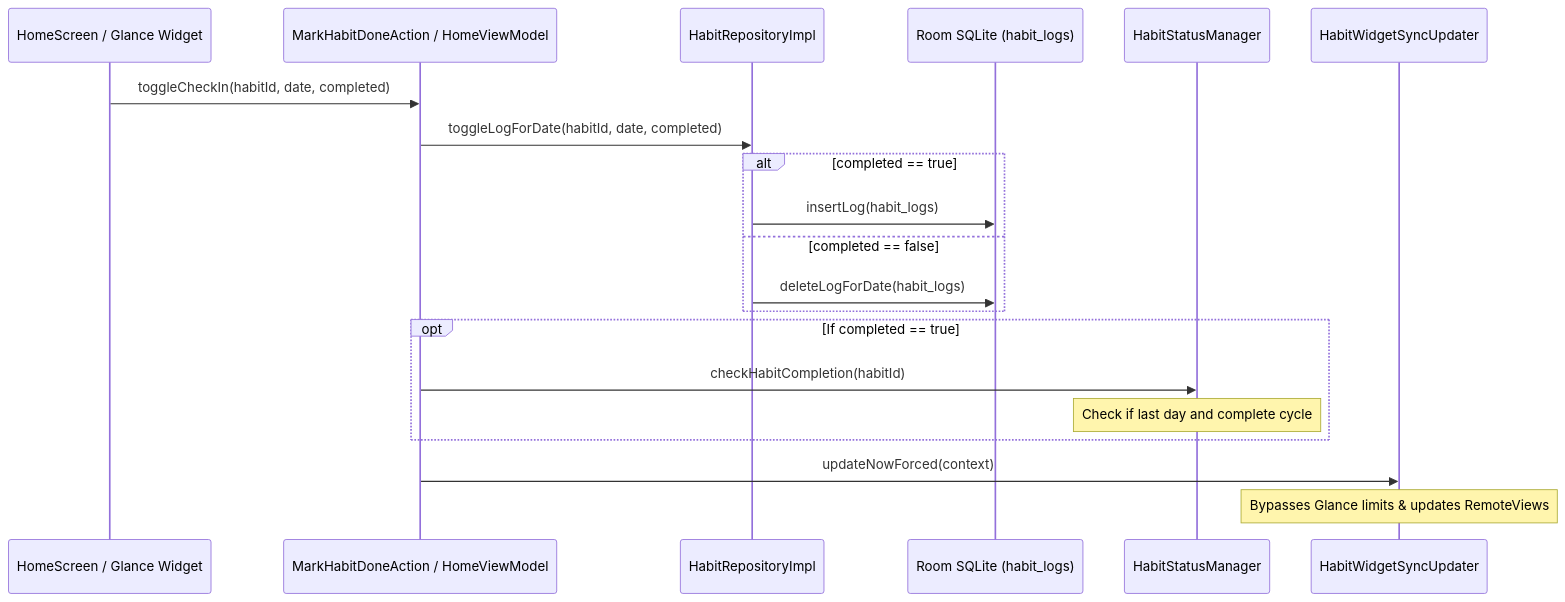
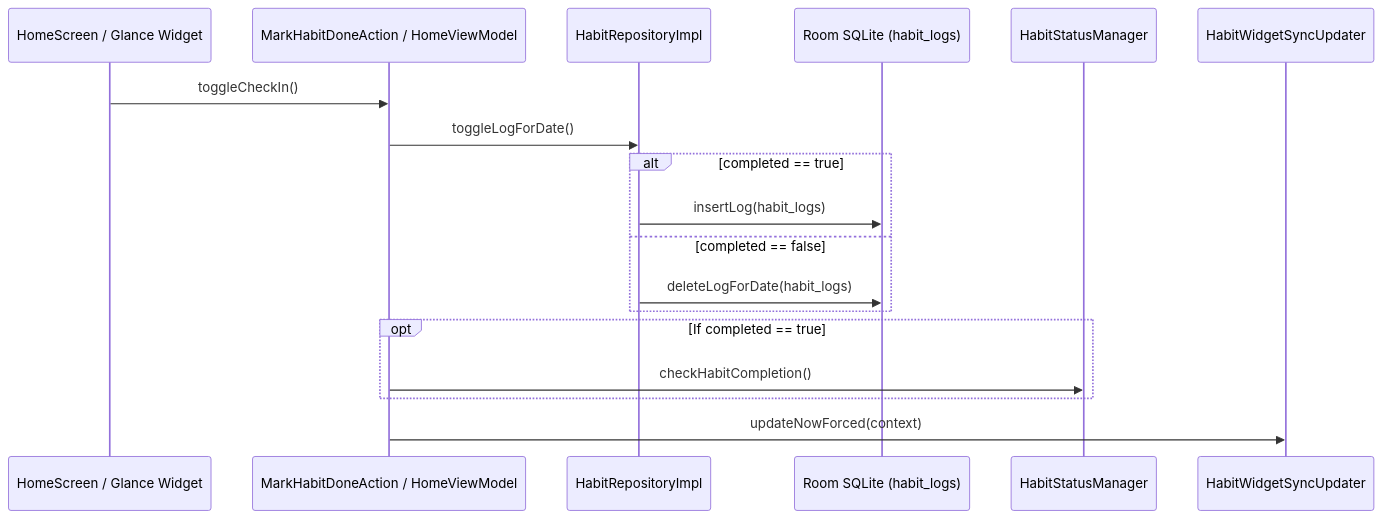
The second of 2 diagrams in PROJECT_ANALYSIS/06_DATA_FLOW.md (MOHAMED020EGY01/HabitFlow), drawn with Mermaid before and after one commit. The commit also changed other lines of this file and 273 other files, not shown here.

````diff
--- a/PROJECT_ANALYSIS/06_DATA_FLOW.md
+++ b/PROJECT_ANALYSIS/06_DATA_FLOW.md
@@ -57,26 +50,24 @@
 ```mermaid
 sequenceDiagram
     participant UI as HomeScreen / Glance Widget
     participant Action as MarkHabitDoneAction / HomeViewModel
     participant Repo as HabitRepositoryImpl
     participant DB as Room SQLite (habit_logs)
     participant Mgr as HabitStatusManager
     participant Sync as HabitWidgetSyncUpdater
 
-    UI->>Action: toggleCheckIn(habitId, date, completed)
-    Action->>Repo: toggleLogForDate(habitId, date, completed)
+    UI->>Action: toggleCheckIn()
+    Action->>Repo: toggleLogForDate()
     
     alt completed == true
         Repo->>DB: insertLog(habit_logs)
     else completed == false
         Repo->>DB: deleteLogForDate(habit_logs)
     end
     
     opt If completed == true
-        Action->>Mgr: checkHabitCompletion(habitId)
-        Note over Mgr: Check if last day and complete cycle
+        Action->>Mgr: checkHabitCompletion()
     end
     
     Action->>Sync: updateNowForced(context)
-    Note over Sync: Bypasses Glance limits & updates RemoteViews
 ```
````
